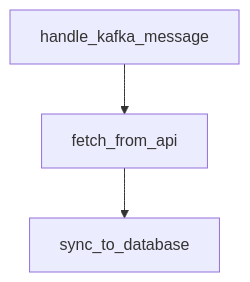
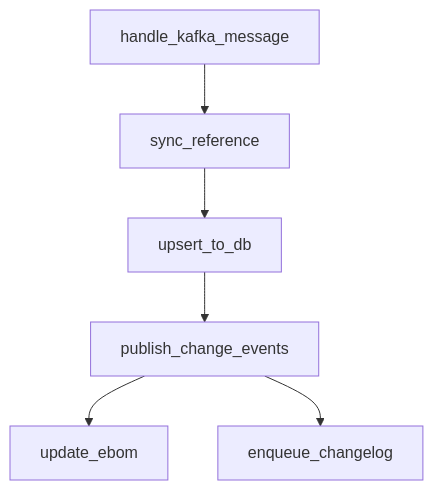
The diagram in README.md (jpuglielli/penstock), drawn with Mermaid before and after one commit. The commit also changed other lines of this file, not shown here.

````diff
--- a/README.md
+++ b/README.md
@@ -61,5 +180,8 @@
 ```mermaid
 graph TD
-    handle_kafka_message --> fetch_from_api
-    fetch_from_api --> sync_to_database
+    handle_kafka_message --> sync_reference
+    sync_reference --> upsert_to_db
+    upsert_to_db --> publish_change_events
+    publish_change_events --> update_ebom
+    publish_change_events --> enqueue_changelog
 ```
````
